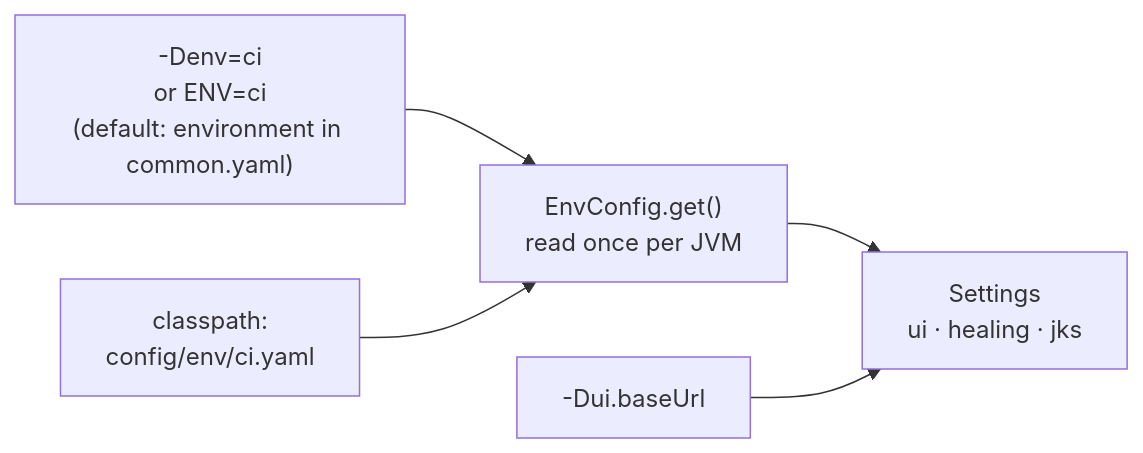
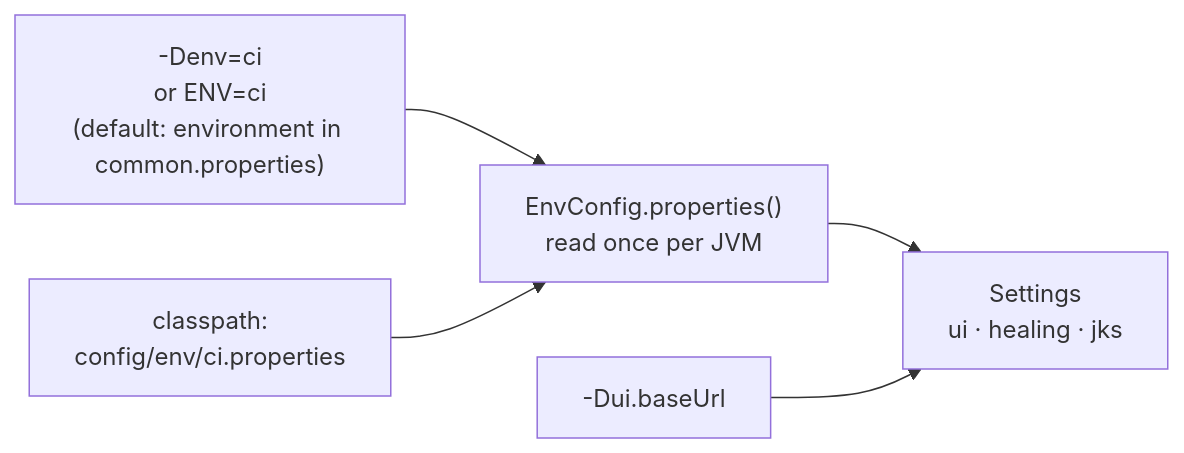
Before and after one commit to JayeshKumud/agentic-qa-java: the fourth of 7 diagrams in docs/architecture.md, drawn with Mermaid. The commit also changed other lines of this file and 34 other files, not shown here.

First line of the commit message:
Move config from YAML to properties files and make Settings static

````diff
--- a/docs/architecture.md
+++ b/docs/architecture.md
@@ -183,7 +183,7 @@
 ```mermaid
 flowchart LR
-    P["-Denv=ci<br/>or ENV=ci<br/>(default: environment in common.yaml)"] --> E["EnvConfig.get()<br/>read once per JVM"]
-    Y["classpath:<br/>config/env/ci.yaml"] --> E
+    P["-Denv=ci<br/>or ENV=ci<br/>(default: environment in common.properties)"] --> E["EnvConfig.properties()<br/>read once per JVM"]
+    Y["classpath:<br/>config/env/ci.properties"] --> E
     E --> S["Settings<br/>ui · healing · jks"]
     O["-Dui.baseUrl"] --> S
 ```
````
